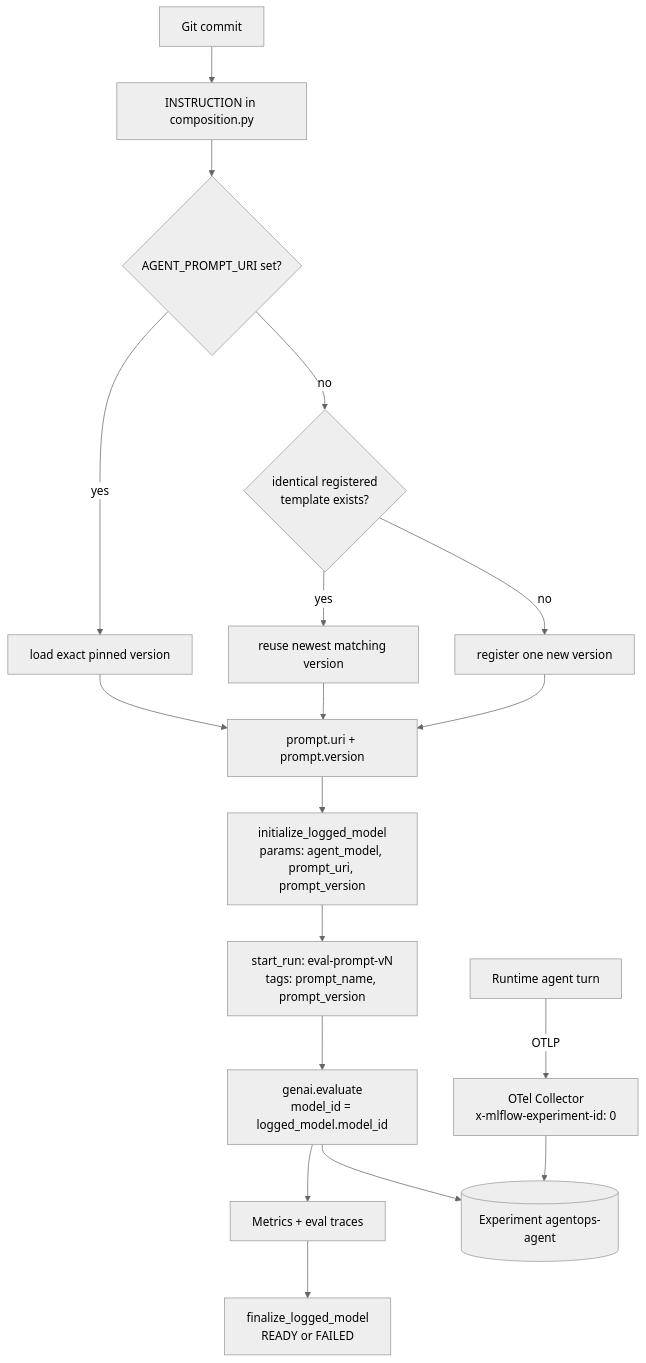
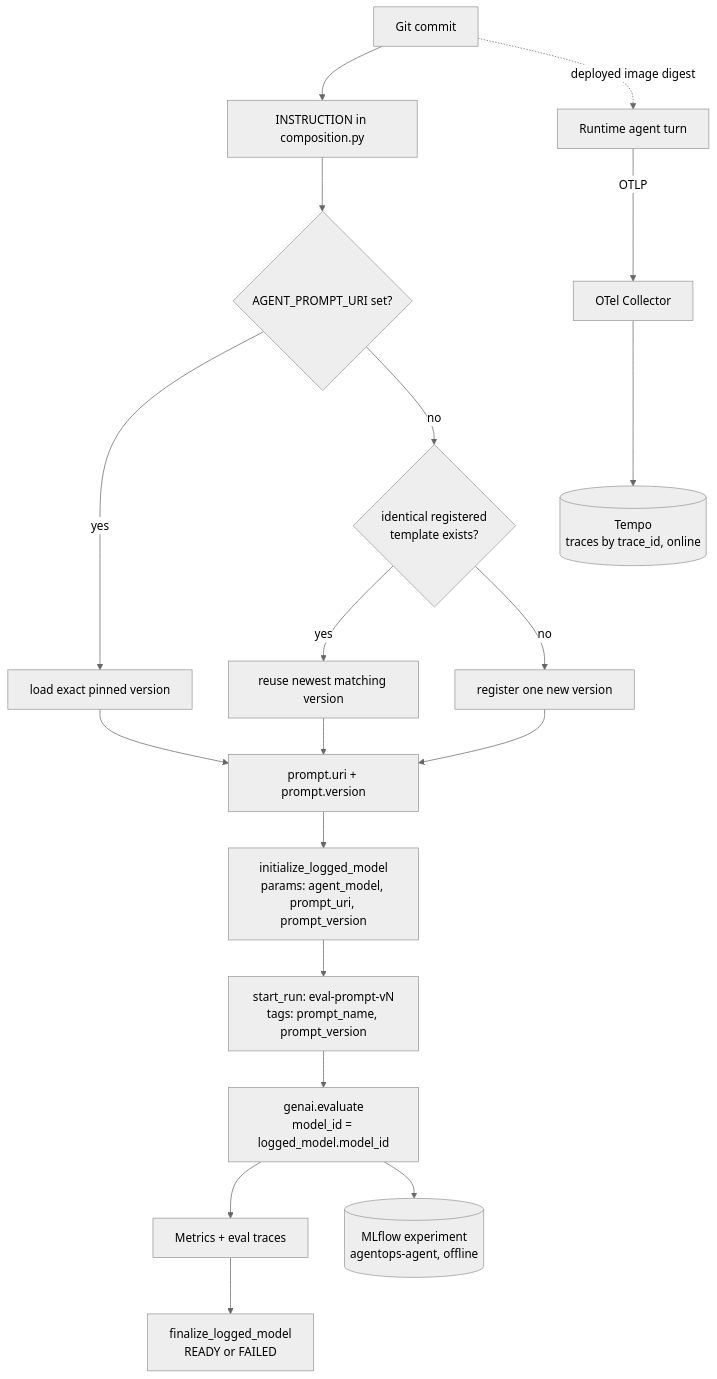
Before and after one commit to LuiGGi629/agentops-open-course: the first of 2 diagrams in content/7. Observability/7.0. Reproducibility.md, drawn with Mermaid (neutral theme). The commit also changed other lines of this file and 88 other files, not shown here.

First line of the commit message:
refactor: send traces to Tempo and take MLflow out of the online path

````diff
--- a/content/7. Observability/7.0. Reproducibility.md
+++ b/content/7. Observability/7.0. Reproducibility.md
@@ -86,20 +104,21 @@
 ```mermaid
 flowchart TD
     Commit[Git commit] --> Instruction[INSTRUCTION in composition.py]
     Instruction --> Pin{AGENT_PROMPT_URI set?}
     Pin -->|"yes"| Load[load exact pinned version]
     Pin -->|"no"| Match{identical registered<br/>template exists?}
     Match -->|"yes"| Reuse[reuse newest matching version]
     Match -->|"no"| Register[register one new version]
     Load --> Version[prompt.uri + prompt.version]
     Reuse --> Version
     Register --> Version
     Version --> Model[initialize_logged_model<br/>params: agent_model, prompt_uri, prompt_version]
     Model --> Run[start_run: eval-prompt-vN<br/>tags: prompt_name, prompt_version]
     Run --> Evaluate[genai.evaluate<br/>model_id = logged_model.model_id]
     Evaluate --> Metrics[Metrics + eval traces]
     Metrics --> Finalize[finalize_logged_model<br/>READY or FAILED]
-    Runtime[Runtime agent turn] -->|OTLP| Collector[OTel Collector<br/>x-mlflow-experiment-id: 0]
-    Collector --> Experiment[(Experiment agentops-agent)]
-    Evaluate --> Experiment
+    Evaluate --> Experiment[(MLflow experiment<br/>agentops-agent, offline)]
+    Runtime[Runtime agent turn] -->|OTLP| Collector[OTel Collector]
+    Collector --> Tempo[(Tempo<br/>traces by trace_id, online)]
+    Commit -.->|deployed image digest| Runtime
 ```
````
